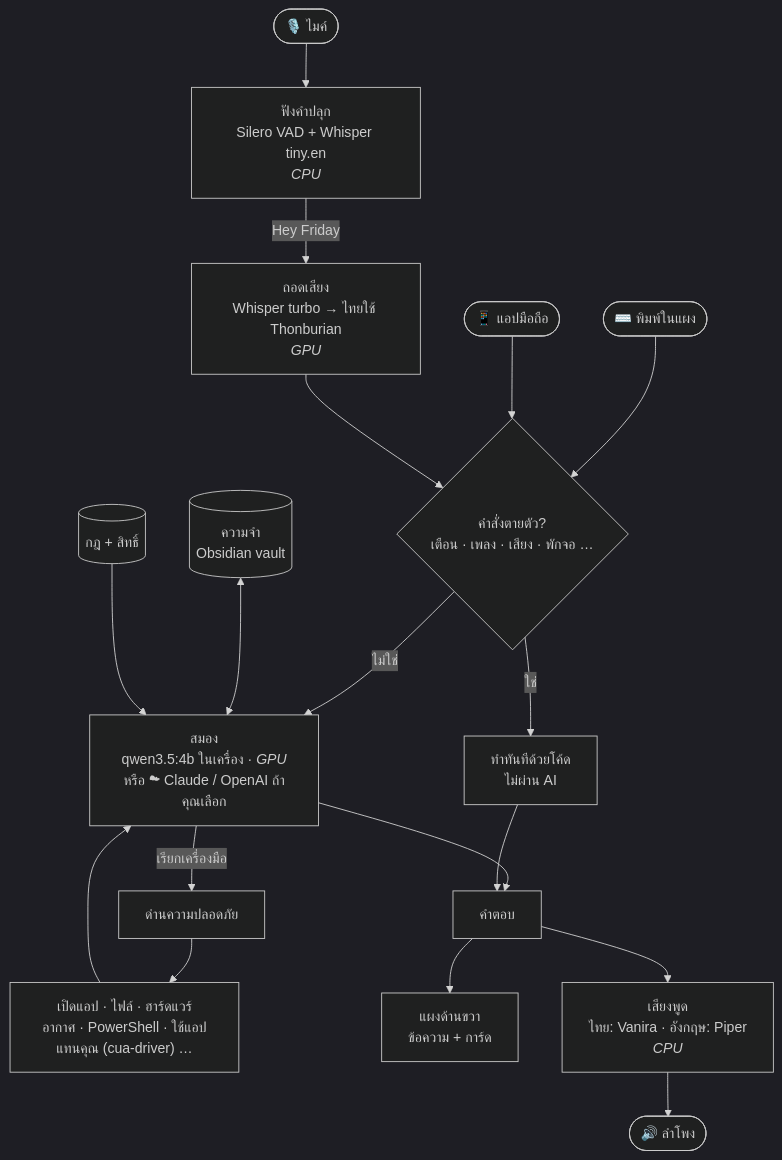
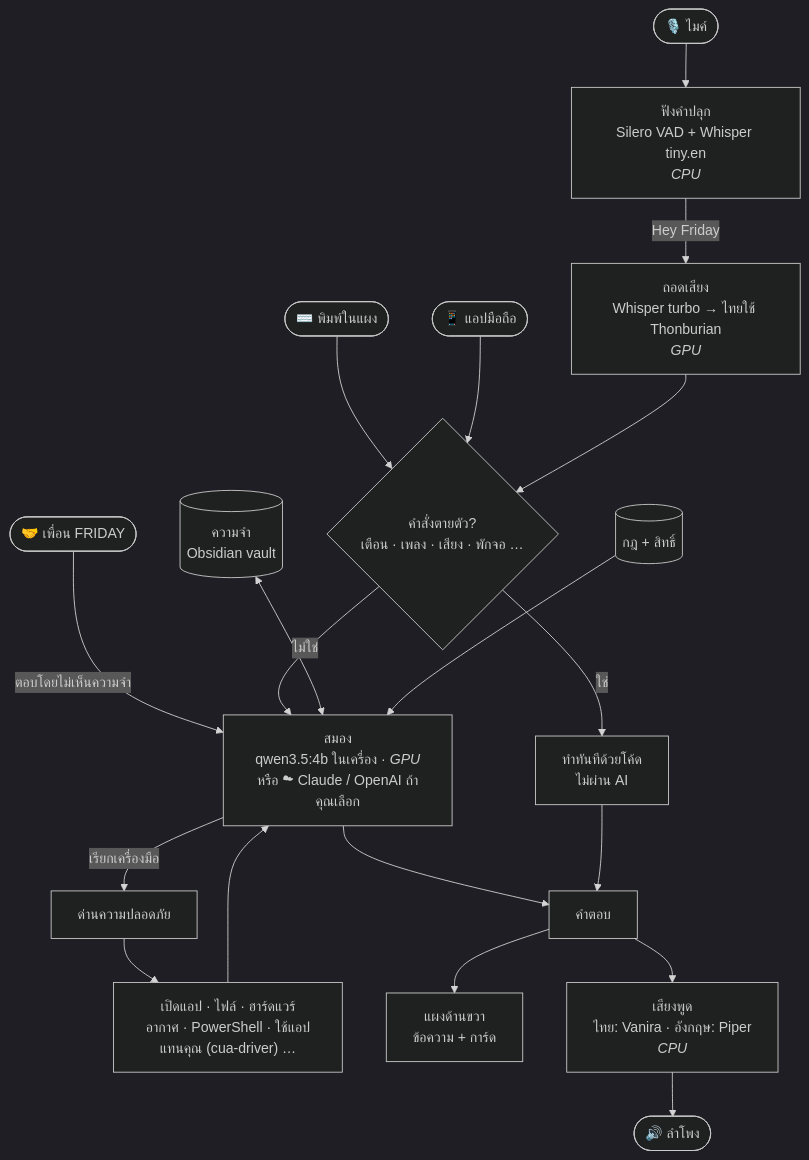
The first of 3 diagrams in README.md (RikuAlice01/F.R.I.D.A.Y.), drawn with Mermaid (dark theme) before and after one commit. The commit also changed other lines of this file and 20 other files, not shown here.

````diff
--- a/README.md
+++ b/README.md
@@ -363,20 +364,21 @@
 ```mermaid
 flowchart TD
     mic(["🎙️ ไมค์"]) --> wake["ฟังคำปลุก<br/>Silero VAD + Whisper tiny.en<br/><i>CPU</i>"]
     wake -- "Hey Friday" --> stt["ถอดเสียง<br/>Whisper turbo → ไทยใช้ Thonburian<br/><i>GPU</i>"]
     keyboard(["⌨️ พิมพ์ในแผง"]) --> fixed
     phone(["📱 แอปมือถือ"]) --> fixed
+    friend(["🤝 เพื่อน FRIDAY"]) -- "ตอบโดยไม่เห็นความจำ" --> llm
     stt --> fixed{"คำสั่งตายตัว?<br/>เตือน · เพลง · เสียง · พักจอ …"}
     fixed -- "ใช่" --> act["ทำทันทีด้วยโค้ด<br/>ไม่ผ่าน AI"]
     fixed -- "ไม่ใช่" --> llm["สมอง<br/>qwen3.5:4b ในเครื่อง · <i>GPU</i><br/>หรือ ☁ Claude / OpenAI ถ้าคุณเลือก"]
     mem[("ความจำ<br/>Obsidian vault")] <--> llm
     rules[("กฎ + สิทธิ์")] --> llm
     llm -- "เรียกเครื่องมือ" --> gate["ด่านความปลอดภัย"]
     gate --> tools["เปิดแอป · ไฟล์ · ฮาร์ดแวร์<br/>อากาศ · PowerShell · ใช้แอปแทนคุณ (cua-driver) …"]
     tools --> llm
     llm --> reply["คำตอบ"]
     act --> reply
     reply --> panel["แผงด้านขวา<br/>ข้อความ + การ์ด"]
     reply --> tts["เสียงพูด<br/>ไทย: Vanira · อังกฤษ: Piper<br/><i>CPU</i>"]
     tts --> spk(["🔊 ลำโพง"])
 ```
````
